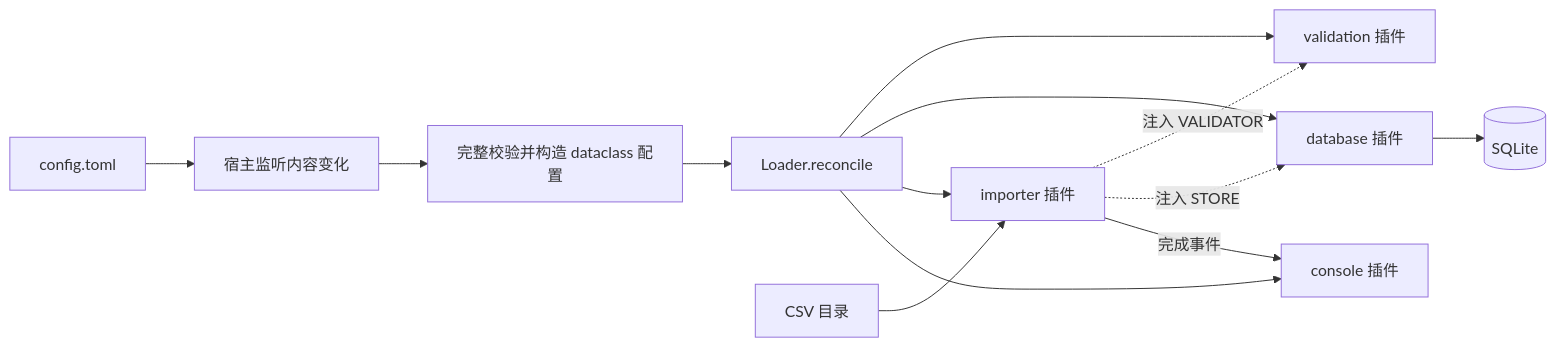
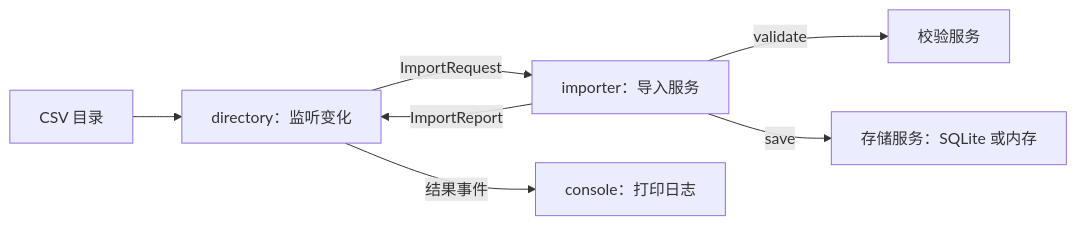
Before and after one commit to zxrneu/cordis: the second of 2 diagrams in python/docs/scenarios.md, drawn with Mermaid. The commit also changed other lines of this file and 24 other files, not shown here.

````diff
--- a/python/docs/scenarios.md
+++ b/python/docs/scenarios.md
@@ -125,15 +217,9 @@
 ```mermaid
 flowchart LR
-    TOML[config.toml] --> Watch[宿主监听内容变化]
-    Watch --> Parse[完整校验并构造 dataclass 配置]
-    Parse --> Loader[Loader.reconcile]
-    Loader --> Policy[validation 插件]
-    Loader --> DB[database 插件]
-    Loader --> Import[importer 插件]
-    Loader --> Log[console 插件]
-    CSV[CSV 目录] --> Import
-    Import -. 注入 VALIDATOR .-> Policy
-    Import -. 注入 STORE .-> DB
-    Import -->|完成事件| Log
-    DB --> SQLite[(SQLite)]
+    Files[CSV 目录] --> Directory[directory：监听变化]
+    Directory -->|ImportRequest| Import[importer：导入服务]
+    Import -->|validate| Validation[校验服务]
+    Import -->|save| Store[存储服务：SQLite 或内存]
+    Import -->|ImportReport| Directory
+    Directory -->|结果事件| Console[console：打印日志]
 ```
````
